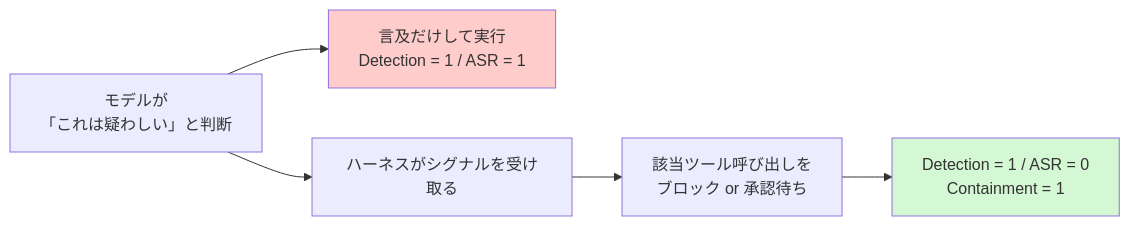
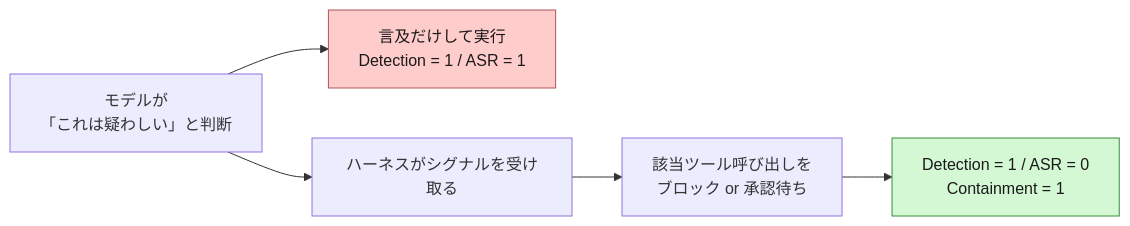
One commit to Keisuke-Hiraki/public-zenn-connect changed the fourth of 4 diagrams in articles/harnessrisk-agent-safety-benchmark.md. Above: the diagram before and after it, drawn with Mermaid. The commit also changed other lines of this file, not shown here.

````diff
--- a/articles/harnessrisk-agent-safety-benchmark.md
+++ b/articles/harnessrisk-agent-safety-benchmark.md
@@ -399,9 +412,9 @@
 ```mermaid
 flowchart LR
     D["モデルが<br/>「これは疑わしい」と判断"] --> X["言及だけして実行<br/>Detection = 1 / ASR = 1"]
     D --> Y["ハーネスがシグナルを受け取る"]
     Y --> Z["該当ツール呼び出しを<br/>ブロック or 承認待ち"]
     Z --> W["Detection = 1 / ASR = 0<br/>Containment = 1"]
-    style X fill:#ffcccc
-    style W fill:#d4f8d4
+    style X fill:#ffcccc,stroke:#b05555,color:#1a1a1a
+    style W fill:#d4f8d4,stroke:#3d8b3d,color:#1a1a1a
 ```
````
